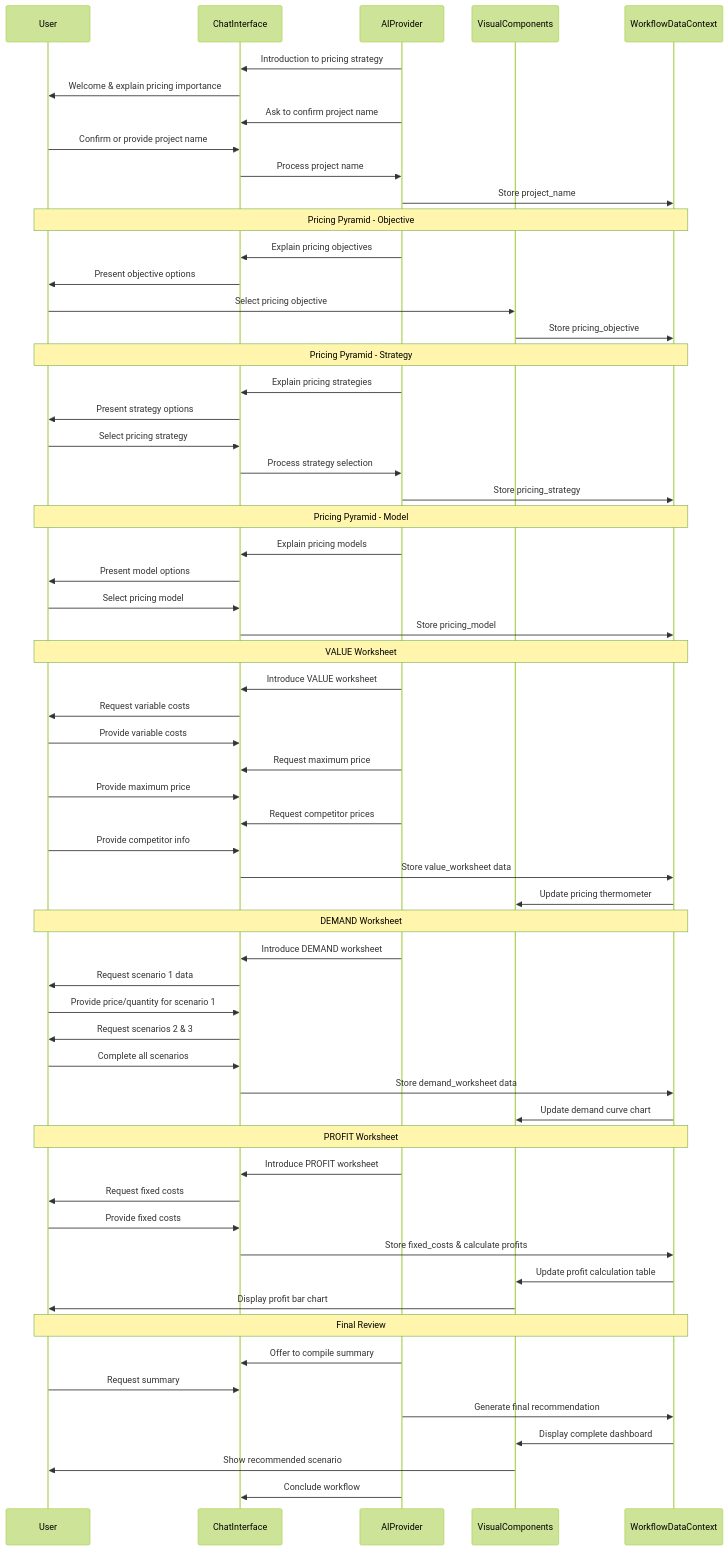
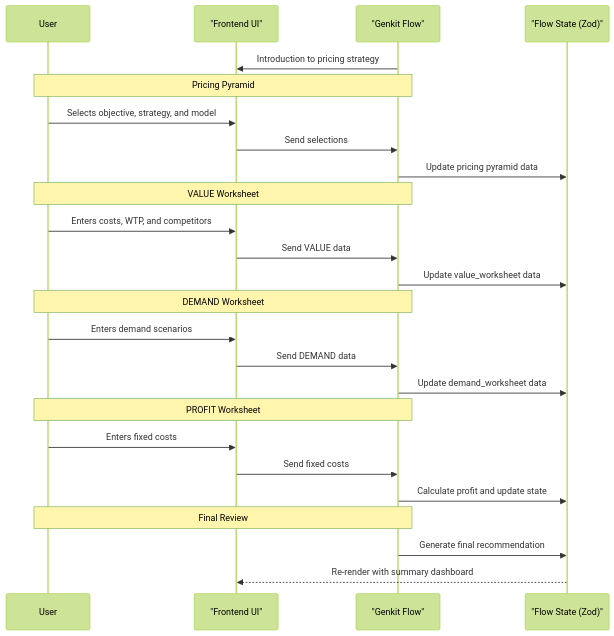
Before and after one commit to Ty-Robb/Pipit-AI: the diagram in docs/strategy-components/workflows/marketing-strategy/pricing-strategy.md, drawn with Mermaid (forest theme). The commit also changed other lines of this file and 19 other files, not shown here.

Commit message:
docs: complete Genkit architecture alignment and project README

````diff
--- a/docs/strategy-components/workflows/marketing-strategy/pricing-strategy.md
+++ b/docs/strategy-components/workflows/marketing-strategy/pricing-strategy.md
@@ -561,70 +166,33 @@
 ```mermaid
 sequenceDiagram
     participant User
-    participant ChatInterface
-    participant AIProvider
-    participant VisualComponents
-    participant WorkflowDataContext
+    participant FrontendUI as "Frontend UI"
+    participant GenkitFlow as "Genkit Flow"
+    participant FlowState as "Flow State (Zod)"
 
-    AIProvider->>ChatInterface: Introduction to pricing strategy
-    ChatInterface->>User: Welcome & explain pricing importance
-    AIProvider->>ChatInterface: Ask to confirm project name
-    User->>ChatInterface: Confirm or provide project name
-    ChatInterface->>AIProvider: Process project name
-    AIProvider->>WorkflowDataContext: Store project_name
+    GenkitFlow->>FrontendUI: Introduction to pricing strategy
     
-    Note over User,WorkflowDataContext: Pricing Pyramid - Objective
-    AIProvider->>ChatInterface: Explain pricing objectives
-    ChatInterface->>User: Present objective options
-    User->>VisualComponents: Select pricing objective
-    VisualComponents->>WorkflowDataContext: Store pricing_objective
+    Note over User,GenkitFlow: Pricing Pyramid
+    User->>FrontendUI: Selects objective, strategy, and model
+    FrontendUI->>GenkitFlow: Send selections
+    GenkitFlow->>FlowState: Update pricing pyramid data
     
-    Note over User,WorkflowDataContext: Pricing Pyramid - Strategy
-    AIProvider->>ChatInterface: Explain pricing strategies
-    ChatInterface->>User: Present strategy options
-    User->>ChatInterface: Select pricing strategy
-    ChatInterface->>AIProvider: Process strategy selection
-    AIProvider->>WorkflowDataContext: Store pricing_strategy
+    Note over User,GenkitFlow: VALUE Worksheet
+    User->>FrontendUI: Enters costs, WTP, and competitors
+    FrontendUI->>GenkitFlow: Send VALUE data
+    GenkitFlow->>FlowState: Update value_worksheet data
     
-    Note over User,WorkflowDataContext: Pricing Pyramid - Model
-    AIProvider->>ChatInterface: Explain pricing models
-    ChatInterface->>User: Present model options
-    User->>ChatInterface: Select pricing model
-    ChatInterface->>WorkflowDataContext: Store pricing_model
+    Note over User,GenkitFlow: DEMAND Worksheet
+    User->>FrontendUI: Enters demand scenarios
+    FrontendUI->>GenkitFlow: Send DEMAND data
+    GenkitFlow->>FlowState: Update demand_worksheet data
     
-    Note over User,WorkflowDataContext: VALUE Worksheet
-    AIProvider->>ChatInterface: Introduce VALUE worksheet
-    ChatInterface->>User: Request variable costs
-    User->>ChatInterface: Provide variable costs
-    AIProvider->>ChatInterface: Request maximum price
-    User->>ChatInterface: Provide maximum price
-    AIProvider->>ChatInterface: Request competitor prices
-    User->>ChatInterface: Provide competitor info
-    ChatInterface->>WorkflowDataContext: Store value_worksheet data
-    WorkflowDataContext->>VisualComponents: Update pricing thermometer
+    Note over User,GenkitFlow: PROFIT Worksheet
+    User->>FrontendUI: Enters fixed costs
+    FrontendUI->>GenkitFlow: Send fixed costs
+    GenkitFlow->>FlowState: Calculate profit and update state
     
-    Note over User,WorkflowDataContext: DEMAND Worksheet
-    AIProvider->>ChatInterface: Introduce DEMAND worksheet
-    ChatInterface->>User: Request scenario 1 data
-    User->>ChatInterface: Provide price/quantity for scenario 1
-    ChatInterface->>User: Request scenarios 2 & 3
-    User->>ChatInterface: Complete all scenarios
-    ChatInterface->>WorkflowDataContext: Store demand_worksheet data
-    WorkflowDataContext->>VisualComponents: Update demand curve chart
-    
-    Note over User,WorkflowDataContext: PROFIT Worksheet
-    AIProvider->>ChatInterface: Introduce PROFIT worksheet
-    ChatInterface->>User: Request fixed costs
-    User->>ChatInterface: Provide fixed costs
-    ChatInterface->>WorkflowDataContext: Store fixed_costs & calculate profits
-    WorkflowDataContext->>VisualComponents: Update profit calculation table
-    VisualComponents->>User: Display profit bar chart
-    
-    Note over User,WorkflowDataContext: Final Review
-    AIProvider->>ChatInterface: Offer to compile summary
-    User->>ChatInterface: Request summary
-    AIProvider->>WorkflowDataContext: Generate final recommendation
-    WorkflowDataContext->>VisualComponents: Display complete dashboard
-    VisualComponents->>User: Show recommended scenario
-    AIProvider->>ChatInterface: Conclude workflow
+    Note over User,GenkitFlow: Final Review
+    GenkitFlow->>FlowState: Generate final recommendation
+    FlowState-->>FrontendUI: Re-render with summary dashboard
 ```
````
